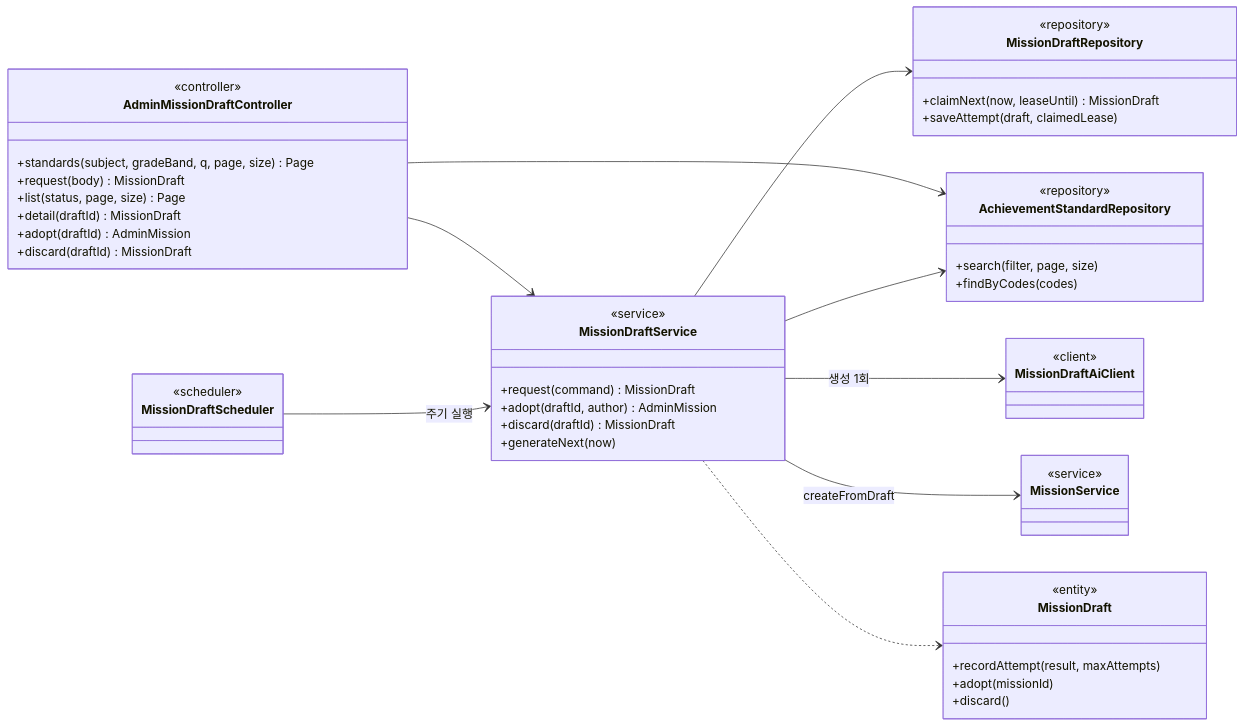
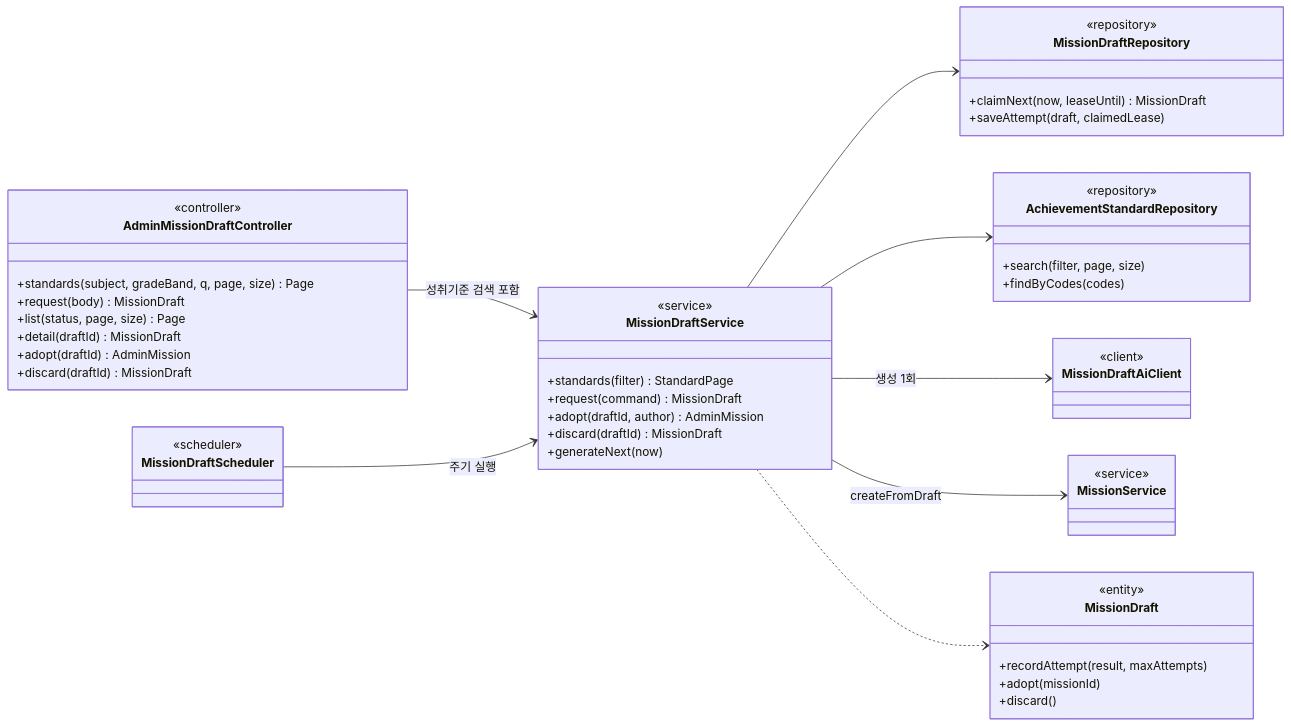
The tenth of 20 diagrams in docs/design/class-diagram.md (SKNETWORKS-FAMILY-AICAMP/SKN34-FINAL-3TEAM), drawn with Mermaid before and after one commit. The commit also changed other lines of this file and 65 other files, not shown here.

````diff
--- a/docs/design/class-diagram.md
+++ b/docs/design/class-diagram.md
@@ -1608,48 +1622,48 @@
 ```mermaid
 classDiagram
   direction LR
   class AdminMissionDraftController {
     <<controller>>
     +standards(subject, gradeBand, q, page, size) Page
     +request(body) MissionDraft
     +list(status, page, size) Page
     +detail(draftId) MissionDraft
     +adopt(draftId) AdminMission
     +discard(draftId) MissionDraft
   }
   class MissionDraftService {
     <<service>>
+    +standards(filter) StandardPage
     +request(command) MissionDraft
     +adopt(draftId, author) AdminMission
     +discard(draftId) MissionDraft
     +generateNext(now)
   }
   class MissionDraft {
     <<entity>>
     +recordAttempt(result, maxAttempts)
     +adopt(missionId)
     +discard()
   }
   class MissionDraftScheduler { <<scheduler>> }
   class MissionDraftAiClient { <<client>> }
   class MissionDraftRepository {
     <<repository>>
     +claimNext(now, leaseUntil) MissionDraft
     +saveAttempt(draft, claimedLease)
   }
   class AchievementStandardRepository {
     <<repository>>
     +search(filter, page, size)
     +findByCodes(codes)
   }
   class MissionService { <<service>> }
 
-  AdminMissionDraftController --> MissionDraftService
-  AdminMissionDraftController --> AchievementStandardRepository
+  AdminMissionDraftController --> MissionDraftService : 성취기준 검색 포함
   MissionDraftScheduler --> MissionDraftService : 주기 실행
   MissionDraftService --> MissionDraftRepository
   MissionDraftService --> AchievementStandardRepository
   MissionDraftService --> MissionDraftAiClient : 생성 1회
   MissionDraftService --> MissionService : createFromDraft
   MissionDraftService ..> MissionDraft
 ```
````
